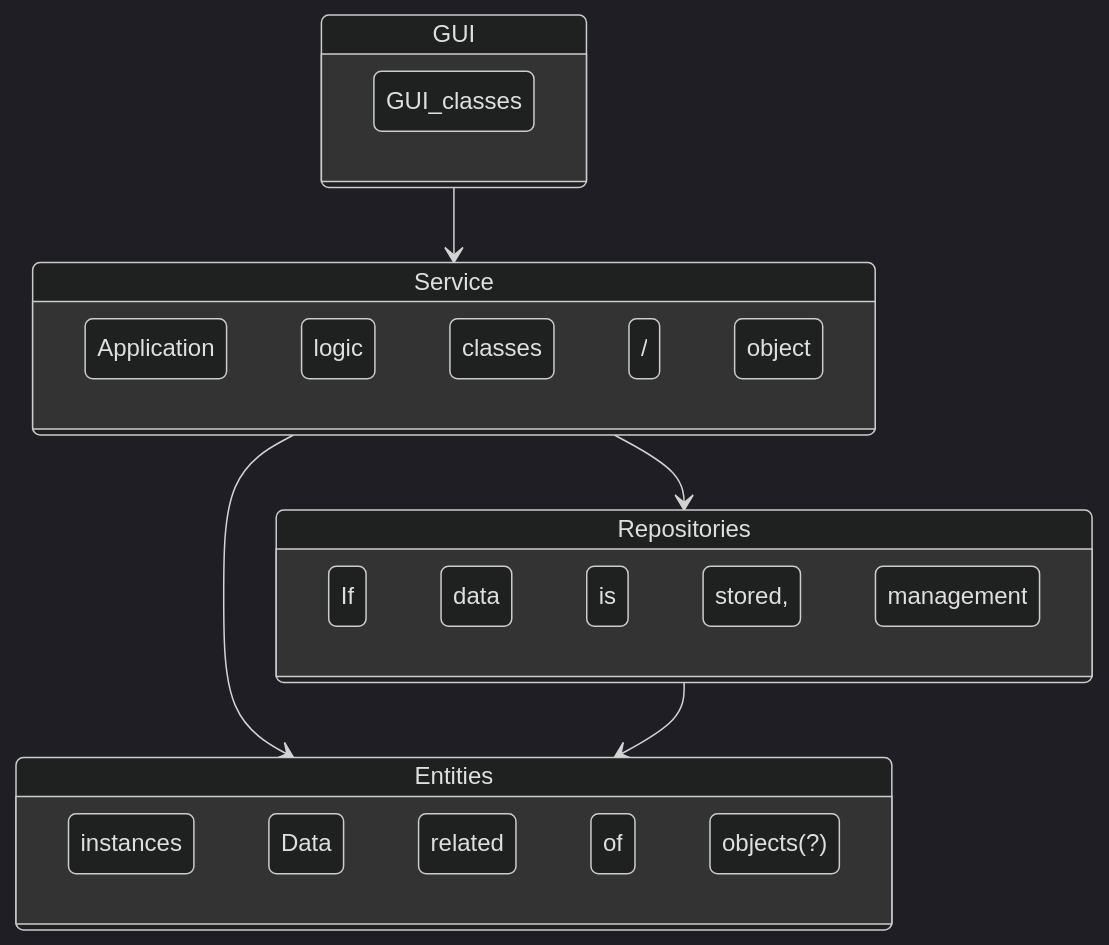
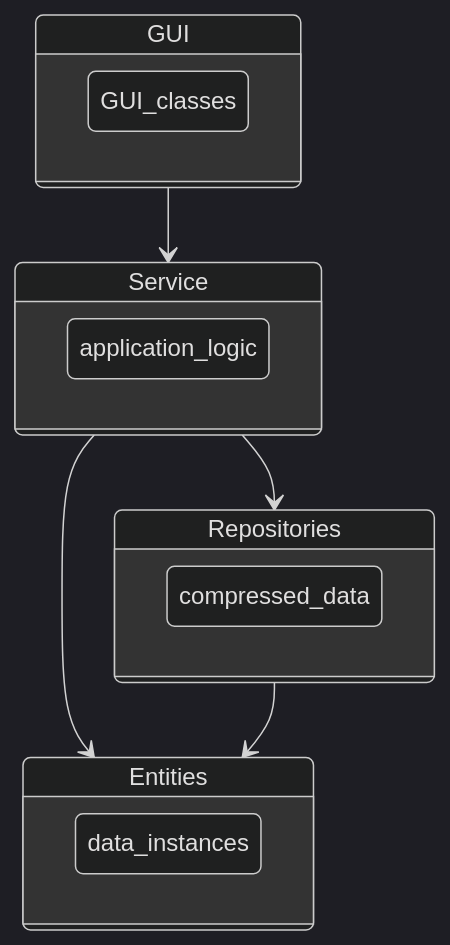
Before and after one commit to heidi-holappa/tira-labra-2022: the diagram in documentation/architecture.md, drawn with Mermaid (dark theme). The commit also changed other lines of this file, not shown here.

Commit message:
Improve package graph

````diff
--- a/documentation/architecture.md
+++ b/documentation/architecture.md
@@ -8,20 +13,20 @@
 ```mermaid
     stateDiagram
     state Repositories {
-        If data is stored, data management
+        compressed_data
     }
     state Service {
-        Application logic classes / object instances
+        application_logic
     }
     state GUI {
         GUI_classes
     }
     state Entities {
-        Data related instances of objects(?)
+        data_instances
     }
 
     GUI --> Service
     Service --> Repositories
     Service --> Entities
     Repositories --> Entities
 ```
````
